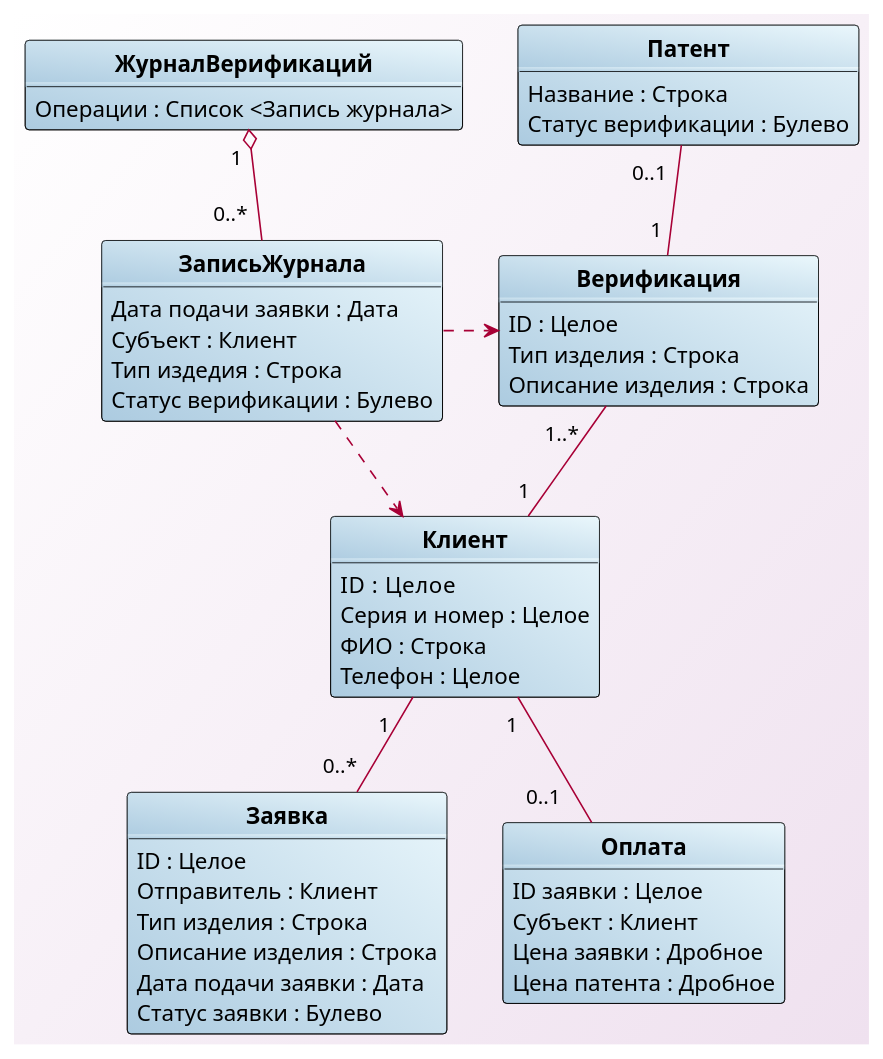
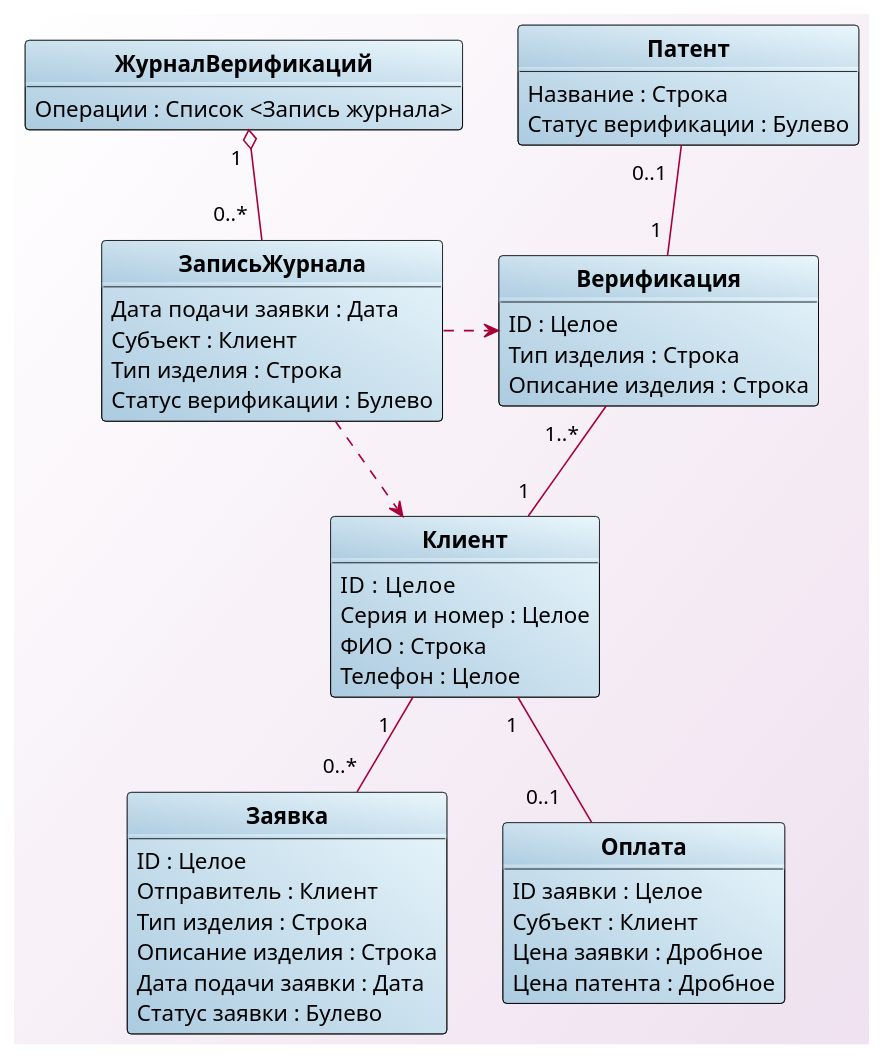
Before and after one commit to DenisFV/Architect: the diagram in UML/ClassDiagram.puml, drawn with PlantUML. The commit also changed 4 other files, not shown here.

Commit message:
Add use case client diagram & uml readme Fix punctuation error in class diagram

```diff
--- a/UML/ClassDiagram.puml
+++ b/UML/ClassDiagram.puml
@@ -1,78 +1,78 @@
 @startuml
 scale 1.1
 
 skinparam {
 backgroundColor white/#efe1ef
 
 classBackgroundColor #accbe0\#eaf7fc
 classbordercolor black
 
 arrowColor #A80036
 
 classFontSize 14
 classFontStyle bold
 classFontName Arial
 classAttributeFontSize 14
 classAttributeFontName calibri
 }
 
 hide class methods
 hide class circle
 
 class Клиент {
     ID :  Целое
     Серия и номер : Целое
     ФИО : Строка
     Телефон : Целое
 }
 
 class Заявка {
     ID : Целое
     Отправитель : Клиент
     Тип изделия : Строка
     Описание изделия : Строка
     Дата подачи заявки : Дата
     Статус заявки : Булево
 }
 
 class ЗаписьЖурнала {
     Дата подачи заявки : Дата
     Субъект : Клиент
-    Тип издедия : Строка
+    Тип изделия : Строка
     Статус верификации : Булево
 }
 
 class ЖурналВерификаций {
     Операции : Список <Запись журнала>
 }
 
 class Верификация {
   ID : Целое
   Тип изделия : Строка
   Описание изделия : Строка
 }
 
 class Патент {
     Название : Строка
     Статус верификации : Булево
 }
 
 class Оплата {
     ID заявки : Целое
     Субъект : Клиент
     Цена заявки : Дробное
     Цена патента : Дробное
 }
 
 
 Клиент " 1   " -- " 0..* " Заявка
 Клиент " 1 " -- " 0..1    " Оплата
 
 Верификация " 1..*   " -- " 1 " Клиент
 ЗаписьЖурнала ..> Клиент
 ЗаписьЖурнала .> Верификация
 
 ЖурналВерификаций " 1 " o-- " 0..*  " ЗаписьЖурнала
 Патент " 0..1  " -- " 1 " Верификация
 
 @enduml
```
